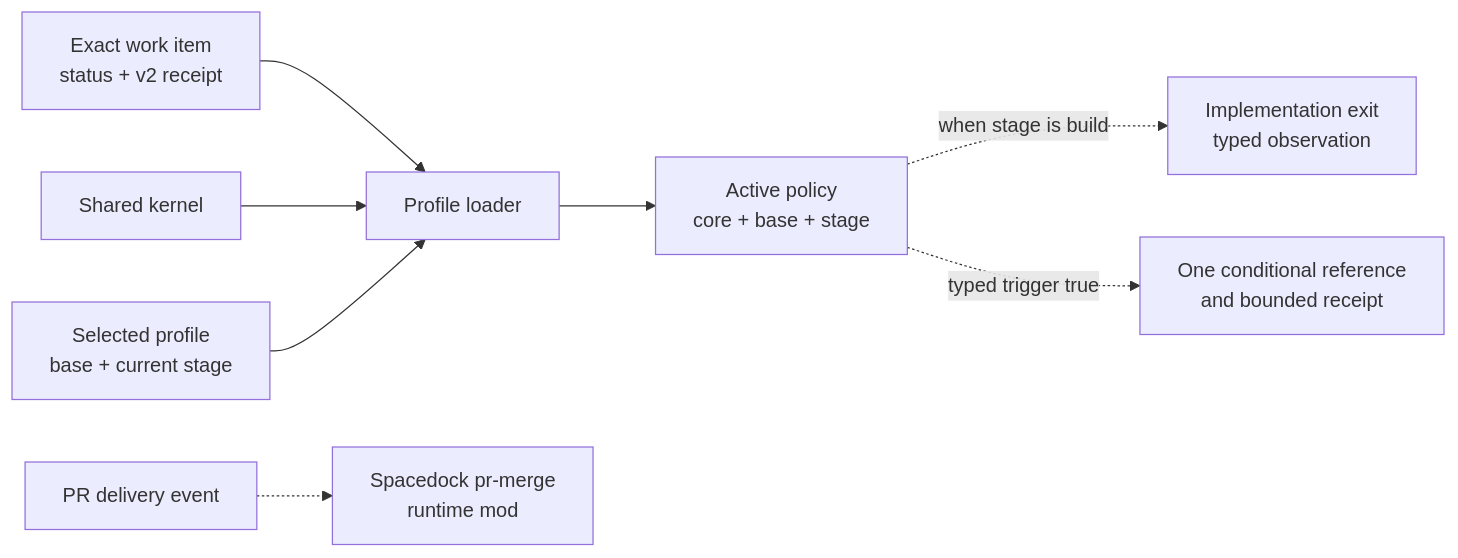
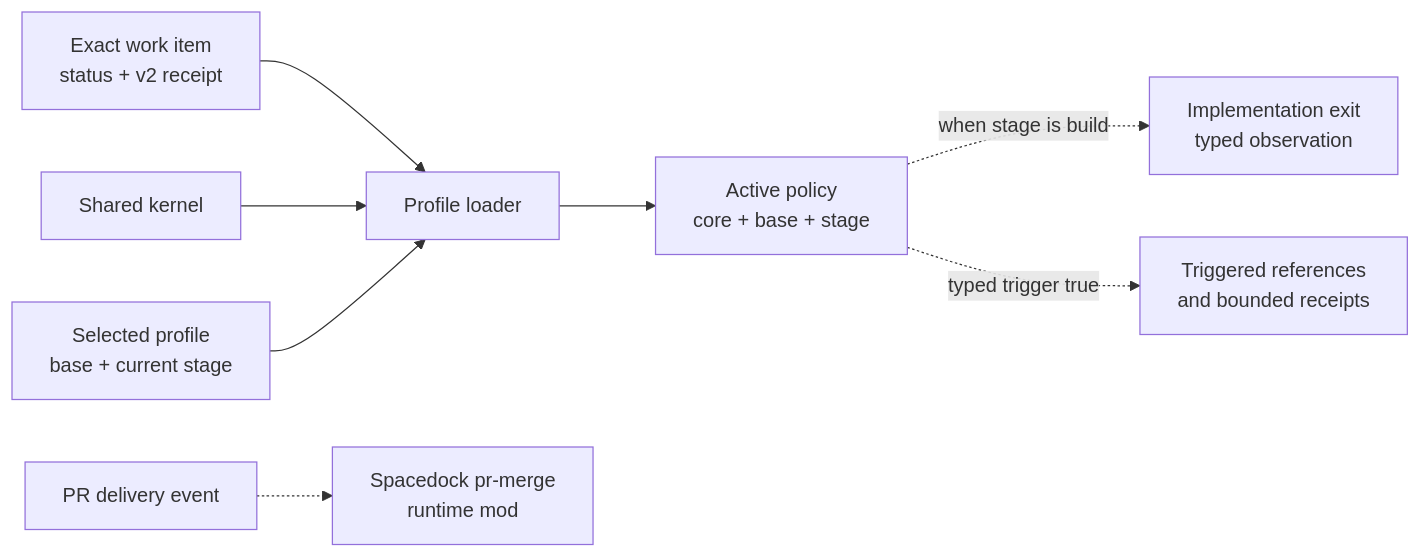
The first of 3 diagrams in ARCHITECTURE.md (iamcxa/kc-claude-plugins), drawn with Mermaid before and after one commit. The commit also changed 24 other files, not shown here.

Commit message:
fix(kc-dev-flow): restore conditional document policy

````diff
--- a/ARCHITECTURE.md
+++ b/ARCHITECTURE.md
@@ -32,10 +32,10 @@
 ```mermaid
 flowchart LR
     W["Exact work item<br/>status + v2 receipt"] --> L[Profile loader]
     K[Shared kernel] --> L
     P["Selected profile<br/>base + current stage"] --> L
     L --> C["Active policy<br/>core + base + stage"]
     C -. "when stage is build" .-> X["Implementation exit<br/>typed observation"]
-    C -. "typed trigger true" .-> R["One conditional reference<br/>and bounded receipt"]
+    C -. "typed trigger true" .-> R["Triggered references<br/>and bounded receipts"]
     D["PR delivery event"] -.-> M["Spacedock pr-merge<br/>runtime mod"]
 ```
````
